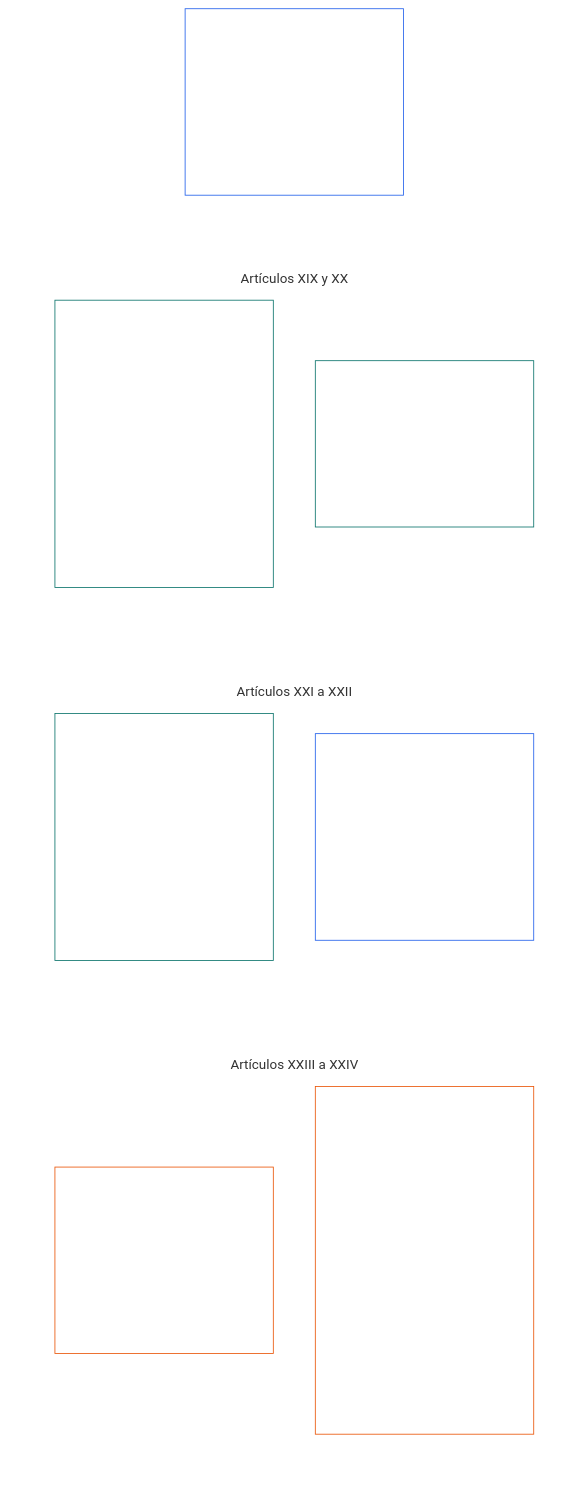
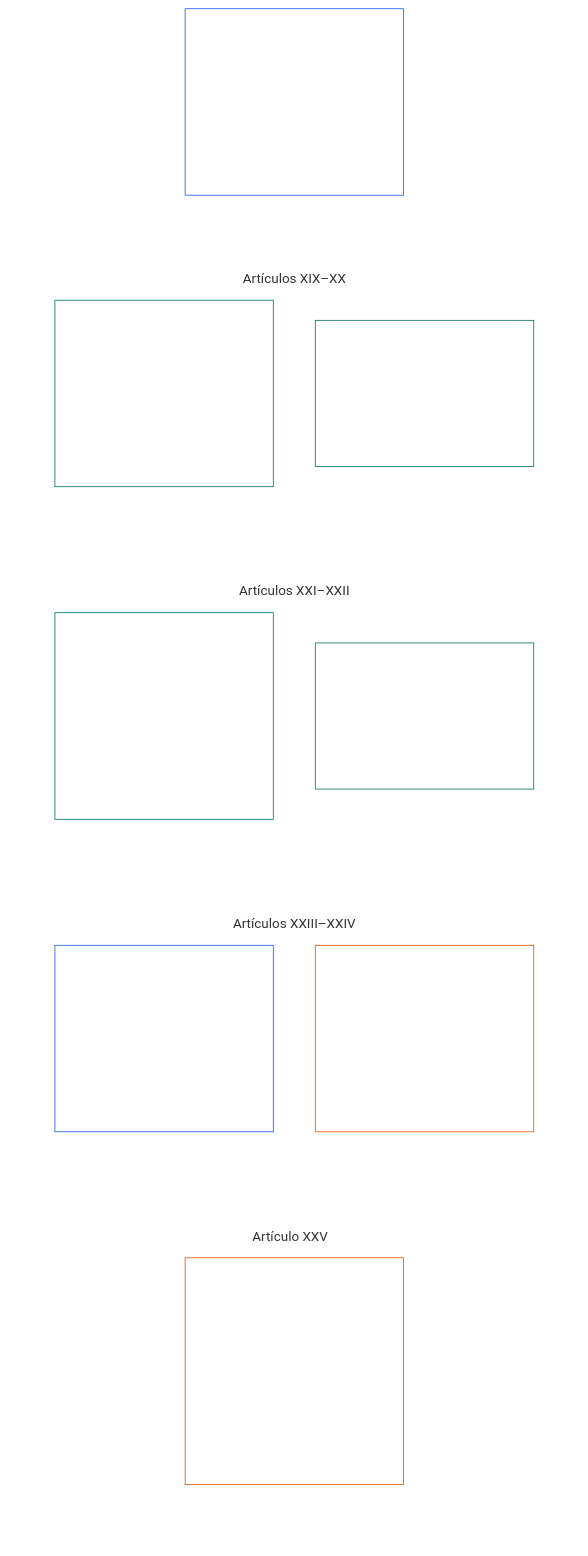
The diagram in translations/es/core_06_rights_part_d.md (kfoelsch/Sentient_Constitution), drawn with Mermaid before and after one commit. The commit also changed other lines of this file and 353 other files, not shown here.

````diff
--- a/translations/es/core_06_rights_part_d.md
+++ b/translations/es/core_06_rights_part_d.md
@@ -41,36 +41,42 @@
 ```mermaid
 flowchart TB
-    D0["Parte D<br/><br/>Legitimación, justicia, interoperabilidad,<br/>Comprensibilidad, revisión de la causa raíz e interpretación constitucional."]
+    D0["Part D<br/><br/>Legitimación, justicia, interoperabilidad, movimiento y refugio, comprensibilidad, causas raíz e interpretación constitucional"]
     subgraph Dgrid[" "]
         direction TB
-        subgraph Drow1["Artículos XIX y XX"]
-            D1["Artículo XIX · Legitimación y estatus de participación<br/><br/>• Distinciones de legitimación<br/>• Límites de impugnabilidad y restricción<br/>• Elegibilidad, responsabilidad y auditoría de la vía nombrada<br/>• Movimiento, refugio y no apatridia"]
-            D2["Artículo XX · Justicia después de una violación verificada<br/><br/>• Objetivo y alcance de la justicia<br/>• Pisos de restricción"]
+        subgraph Drow1["Artículos XIX–XX"]
+            D1["Artículo XIX · Legitimación y estatus de participación<br/><br/>• Distinciones; impugnación y límites; elegibilidad, infracciones y bloqueos; votación y bloqueos especiales"]
+            D2["Artículo XX · Justicia después de una violación verificada<br/><br/>• Objetivo y alcance de la justicia; pisos de restricción"]
         end
-        subgraph Drow2["Artículos XXI a XXII"]
-            D3["Artículo XXI · Interoperabilidad, Portabilidad, Movimiento, Refugio e Integridad de Salida<br/><br/>• Portabilidad<br/>• Interoperabilidad recíproca<br/>• Antibloqueo<br/>• Movimiento, migración, refugio y no apatridia"]
-            D4["Artículo XXII · Responsabilidad de la Comprensibilidad y la Complejidad<br/><br/>• Comprensibilidad proporcional<br/>• Auditoría de complejidad y modularidad."]
+        subgraph Drow2["Artículos XXI–XXII"]
+            D3["Artículo XXI · Interoperabilidad, portabilidad e integridad de salida<br/><br/>• Portabilidad; interoperabilidad recíproca; antibloqueo; formatos y estándares abiertos"]
+            D4["Artículo XXII · Movimiento, refugio y no apatridia<br/><br/>• Movimiento; refugio; no apatridia; límites, custodia y emergencias"]
         end
-        subgraph Drow3["Artículos XXIII a XXIV"]
-            D5["Artículo XXIII · Análisis de Causa Raíz y Respuesta Adaptativa<br/><br/>• Rigor diagnóstico y atribución causal.<br/>• Auditabilidad, desafío y reversibilidad"]
-            D6["Artículo XXIV · Interpretación, revisión y salvaguardias constitucionales contra la captura<br/><br/>• Mandato interpretativo acotado<br/>• Controles de composición, rotación y conflictos.<br/>• Motivos públicos, impugnación y revisión externa.<br/>• Remoción y no atrincheramiento"]
+        subgraph Drow3["Artículos XXIII–XXIV"]
+            D5["Artículo XXIII · Comprensibilidad y gestión responsable de la complejidad<br/><br/>• Comprensibilidad proporcional; auditoría de complejidad y modularidad"]
+            D6["Artículo XXIV · Análisis de causa raíz y respuesta adaptativa<br/><br/>• Rigor diagnóstico; atribución causal; auditoría, impugnación y reversibilidad"]
+        end
+        subgraph Drow4["Artículo XXV"]
+            D7["Artículo XXV · Interpretación, revisión y salvaguardias constitucionales contra la captura<br/><br/>• Mandato acotado; independencia y revisión externa; remoción y no atrincheramiento"]
         end
     end
-    %%Los enlaces invisibles fuerzan una cuadrícula de dos anchos: cada enlace coloca su objetivo un nivel más abajo.
+    %% Invisible links place the cards in the source reading order.
     D0 ~~~ D1 & D2
     D1 ~~~ D3
     D2 ~~~ D4
     D3 ~~~ D5
     D4 ~~~ D6
+    D5 & D6 ~~~ D7
     style Dgrid fill:none,stroke:none
     style Drow1 fill:none,stroke:none
     style Drow2 fill:none,stroke:none
     style Drow3 fill:none,stroke:none
+    style Drow4 fill:none,stroke:none
     style D0 fill:none,stroke:#2563eb,color:#ffffff
     style D1 fill:none,stroke:#0f766e,color:#ffffff
     style D2 fill:none,stroke:#0f766e,color:#ffffff
     style D3 fill:none,stroke:#0f766e,color:#ffffff
-    style D4 fill:none,stroke:#2563eb,color:#ffffff
-    style D5 fill:none,stroke:#ea580c,color:#ffffff
+    style D4 fill:none,stroke:#0f766e,color:#ffffff
+    style D5 fill:none,stroke:#2563eb,color:#ffffff
     style D6 fill:none,stroke:#ea580c,color:#ffffff
+    style D7 fill:none,stroke:#ea580c,color:#ffffff
 ```
````
